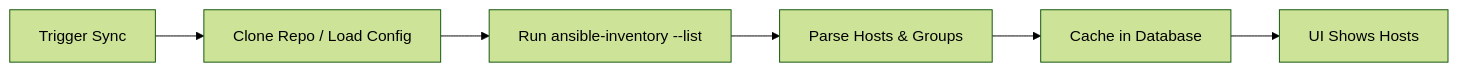
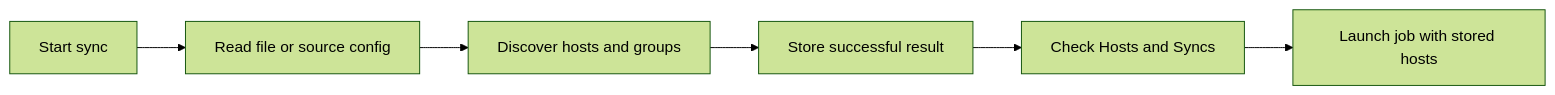
Before and after one commit to vhco-pro/stackweaver-frontend: the diagram in docs/user-guides/dynamic-inventories.md, drawn with Mermaid (forest theme). The commit also changed other lines of this file and 168 other files, not shown here.

````diff
--- a/docs/user-guides/dynamic-inventories.md
+++ b/docs/user-guides/dynamic-inventories.md
@@ -17,8 +107,8 @@
 ```mermaid
 flowchart LR
-    A["Trigger Sync"] --> B["Clone Repo / Load Config"]
-    B --> C["Run ansible-inventory --list"]
-    C --> D["Parse Hosts & Groups"]
-    D --> E["Cache in Database"]
-    E --> F["UI Shows Hosts"]
+    A["Start sync"] --> B["Read file or source config"]
+    B --> C["Discover hosts and groups"]
+    C --> D["Store successful result"]
+    D --> E["Check Hosts and Syncs"]
+    E --> F["Launch job with stored hosts"]
 ```
````
